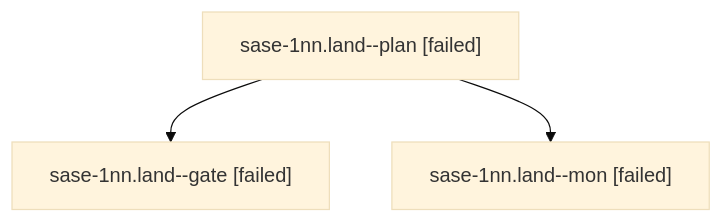
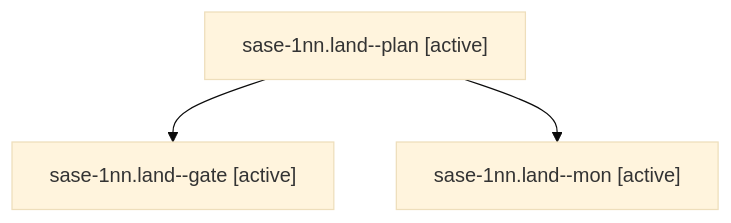
The diagram in sessions/bbugyi200.athena.sase-1nn.land.md (sase-org/sase--agents), drawn with Mermaid (base theme) before and after one commit. The commit also changed other lines of this file and 144 other files, not shown here.

````diff
--- a/sessions/bbugyi200.athena.sase-1nn.land.md
+++ b/sessions/bbugyi200.athena.sase-1nn.land.md
@@ -9,8 +9,8 @@
 ```mermaid
 flowchart TD
-  n0["sase-1nn.land--plan [failed]"]
-  n1["sase-1nn.land--gate [failed]"]
+  n0["sase-1nn.land--plan [active]"]
+  n1["sase-1nn.land--gate [active]"]
   n0 --> n1
-  n2["sase-1nn.land--mon [failed]"]
+  n2["sase-1nn.land--mon [active]"]
   n0 --> n2
 ```
````
